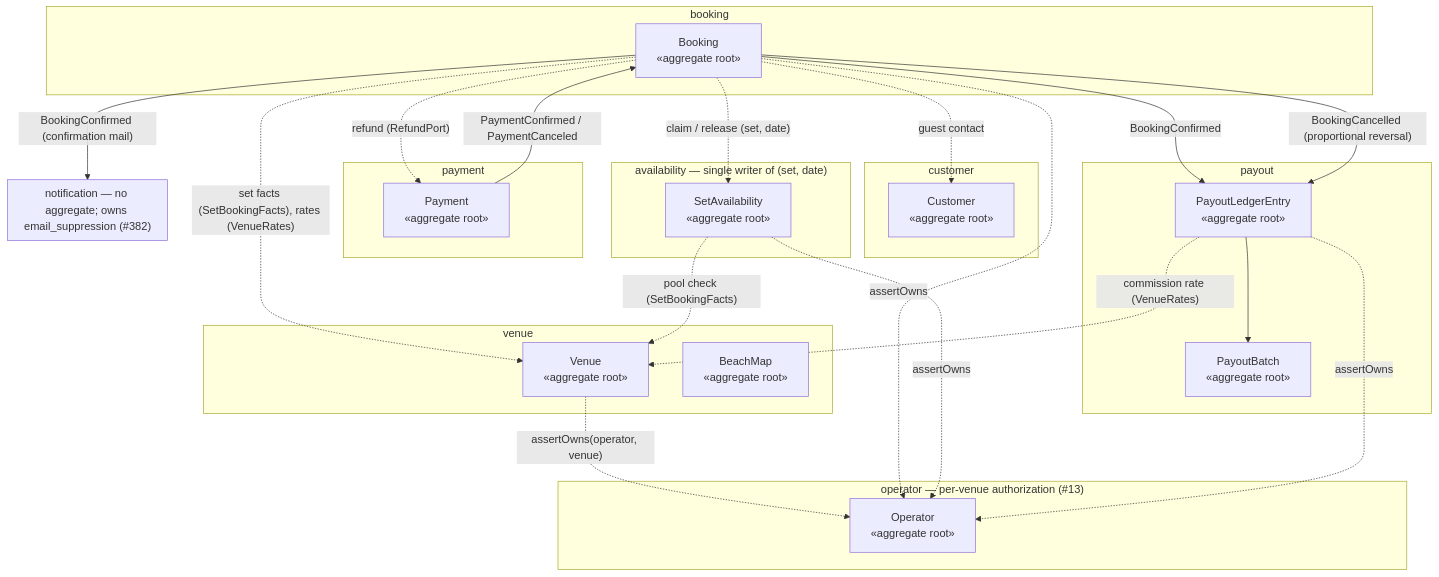
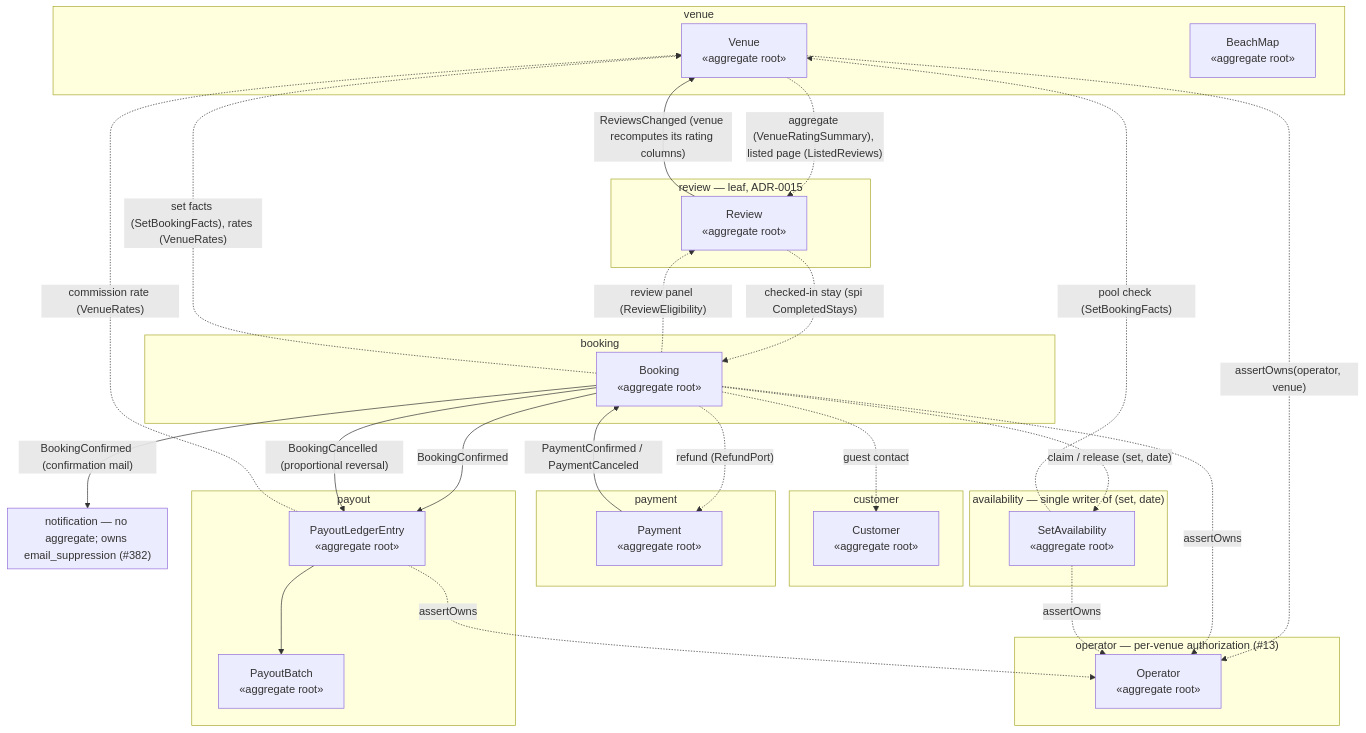
The first of 12 diagrams in docs/architecture/domain-model.md (ivopogace/riviera-sunbed-booking), drawn with Mermaid before and after one commit. The commit also changed other lines of this file and 6 other files, not shown here.

````diff
--- a/docs/architecture/domain-model.md
+++ b/docs/architecture/domain-model.md
@@ -27,46 +27,53 @@
 ```mermaid
 graph TB
     subgraph customer["customer"]
         CUST["Customer<br/>«aggregate root»"]
     end
     subgraph venue["venue"]
         VEN["Venue<br/>«aggregate root»"]
         MAP["BeachMap<br/>«aggregate root»"]
     end
     subgraph availability["availability — single writer of (set, date)"]
         AVAIL["SetAvailability<br/>«aggregate root»"]
     end
     subgraph booking["booking"]
         BOOK["Booking<br/>«aggregate root»"]
     end
     subgraph payment["payment"]
         PAY["Payment<br/>«aggregate root»"]
     end
     subgraph payout["payout"]
         LEDG["PayoutLedgerEntry<br/>«aggregate root»"]
         BATCH["PayoutBatch<br/>«aggregate root»"]
     end
     subgraph notification["notification — no aggregate; owns email_suppression (#382)"]
     end
 
     subgraph operator["operator — per-venue authorization (#13)"]
         OP["Operator<br/>«aggregate root»"]
     end
+    subgraph review["review — leaf, ADR-0015"]
+        REV["Review<br/>«aggregate root»"]
+    end
 
     PAY -- "PaymentConfirmed / PaymentCanceled" --> BOOK
     BOOK -- "BookingConfirmed" --> LEDG
     BOOK -- "BookingConfirmed (confirmation mail)" --> notification
     BOOK -- "BookingCancelled (proportional reversal)" --> LEDG
+    REV -- "ReviewsChanged (venue recomputes its rating columns)" --> VEN
+    VEN -. "aggregate (VenueRatingSummary), listed page (ListedReviews)" .-> REV
+    BOOK -. "review panel (ReviewEligibility)" .-> REV
+    REV -. "checked-in stay (spi CompletedStays)" .-> BOOK
 
     BOOK -. "claim / release (set, date)" .-> AVAIL
     BOOK -. "refund (RefundPort)" .-> PAY
     BOOK -. "set facts (SetBookingFacts), rates (VenueRates)" .-> VEN
     BOOK -. "guest contact" .-> CUST
     AVAIL -. "pool check (SetBookingFacts)" .-> VEN
     LEDG -. "commission rate (VenueRates)" .-> VEN
     VEN -. "assertOwns(operator, venue)" .-> OP
     BOOK -. "assertOwns" .-> OP
     AVAIL -. "assertOwns" .-> OP
     LEDG -. "assertOwns" .-> OP
     LEDG --> BATCH
 ```
````
